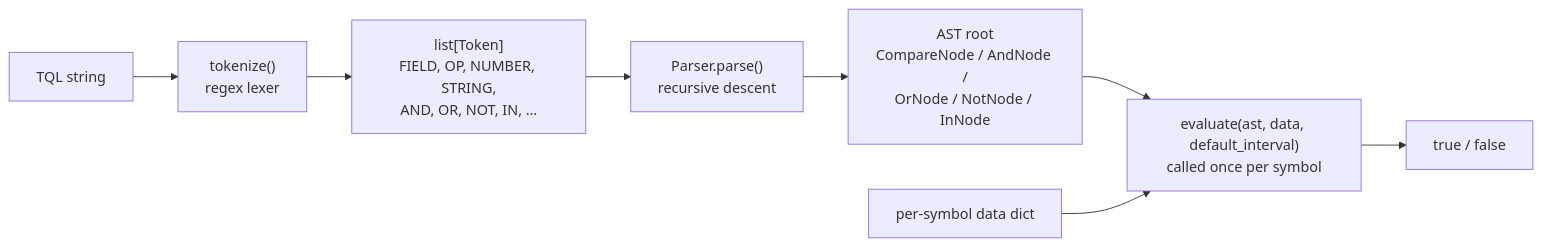
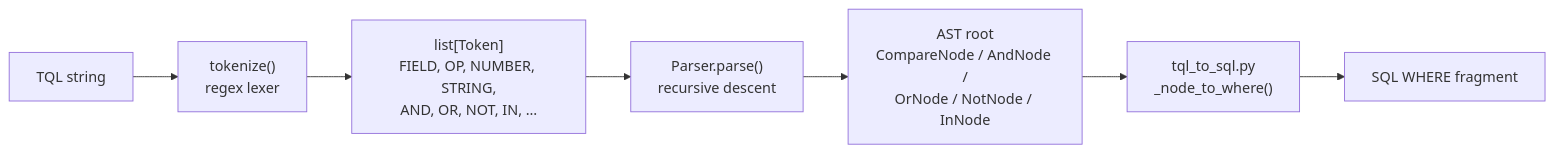
The fifth of 8 diagrams in docs/reference/backend/screener.md (WINDY-WINDWARD/blm_terminal), drawn with Mermaid before and after one commit. The commit also changed other lines of this file, not shown here.

First line of the commit message:
docs(screener): rewrite for TQL→SQL transpiler + snapshot + retention

````diff
--- a/docs/reference/backend/screener.md
+++ b/docs/reference/backend/screener.md
@@ -262,10 +380,9 @@
 ```mermaid
 flowchart LR
     SRC[TQL string] --> TOK["tokenize()<br/>regex lexer"]
     TOK --> TOKS["list[Token]<br/>FIELD, OP, NUMBER, STRING,<br/>AND, OR, NOT, IN, …"]
     TOKS --> PARSE["Parser.parse()<br/>recursive descent"]
     PARSE --> AST[AST root<br/>CompareNode / AndNode /<br/>OrNode / NotNode / InNode]
-    AST --> EVAL["evaluate(ast, data, default_interval)<br/>called once per symbol"]
-    DATA[per-symbol data dict] --> EVAL
-    EVAL --> BOOL[true / false]
+    AST --> TS["tql_to_sql.py<br/>_node_to_where()"]
+    TS --> SQL[SQL WHERE fragment]
 ```
````
